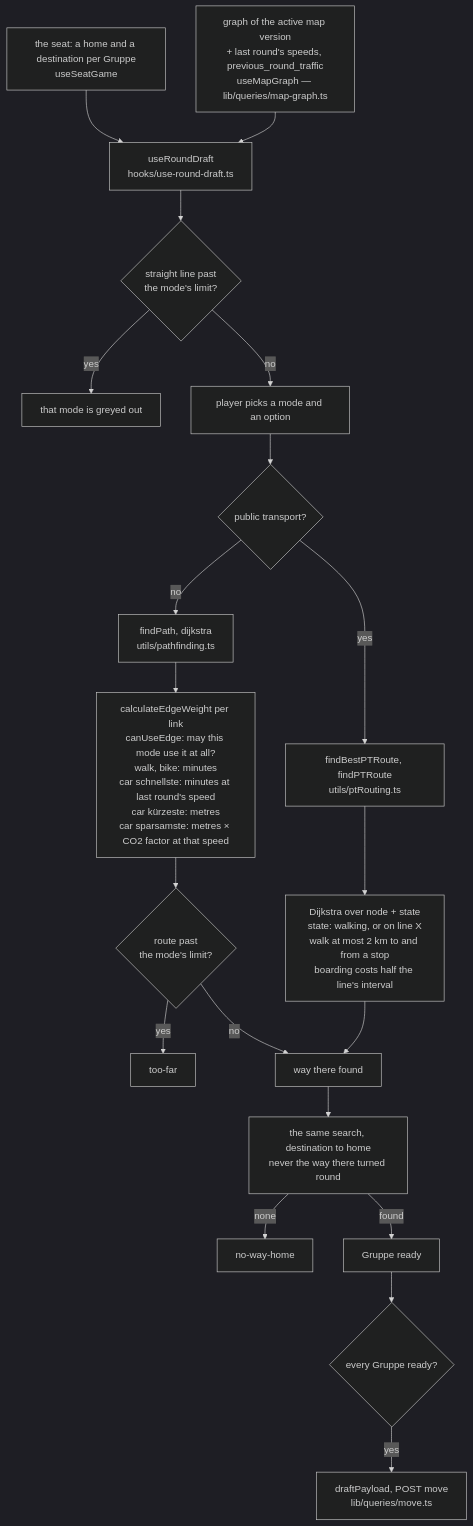
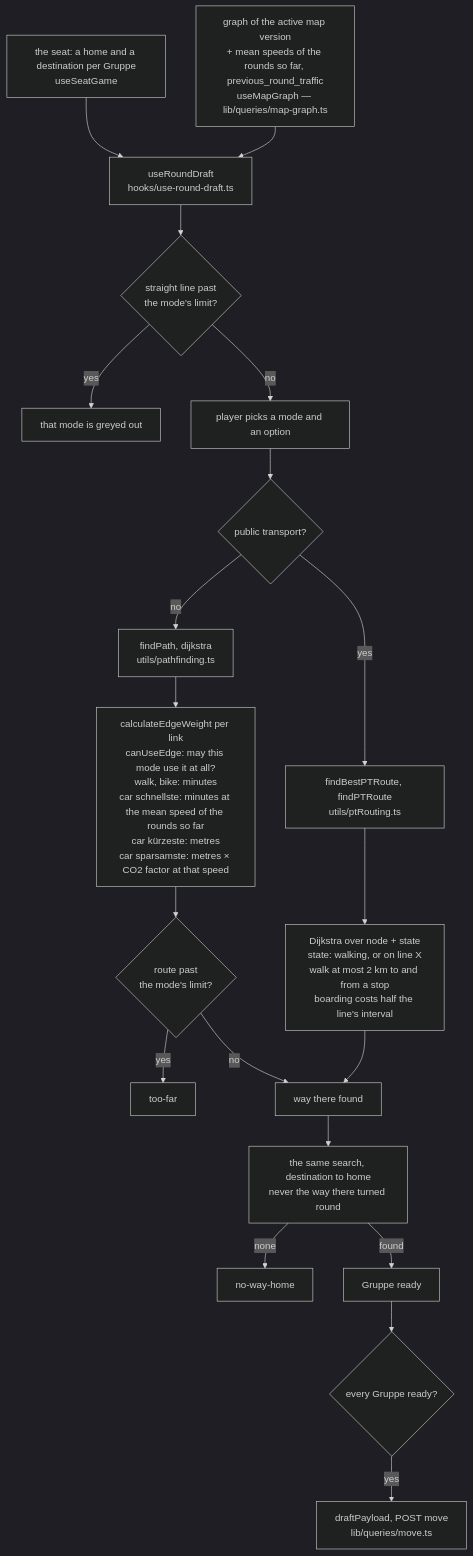
Before and after one commit to luke-hirsch/co2mmute: the sixth of 12 diagrams in docs/en-flowcharts.md, drawn with Mermaid (dark theme). The commit also changed other lines of this file and 21 other files, not shown here.

````diff
--- a/docs/en-flowcharts.md
+++ b/docs/en-flowcharts.md
@@ -209,25 +209,25 @@
 ```mermaid
 flowchart TD
     seat["the seat: a home and a destination per Gruppe<br>useSeatGame"] --> draft
-    mapgraph["graph of the active map version<br>+ last round's speeds, previous_round_traffic<br>useMapGraph — lib/queries/map-graph.ts"] --> draft
+    mapgraph["graph of the active map version<br>+ mean speeds of the rounds so far, previous_round_traffic<br>useMapGraph — lib/queries/map-graph.ts"] --> draft
     draft["useRoundDraft<br>hooks/use-round-draft.ts"] --> air{"straight line past<br>the mode's limit?"}
     air -->|"yes"| greyed["that mode is greyed out"]
     air -->|"no"| pick["player picks a mode and an option"]
     pick --> isPt{"public transport?"}
 
     isPt -->|"no"| dijkstra["findPath, dijkstra<br>utils/pathfinding.ts"]
-    dijkstra --> weight["calculateEdgeWeight per link<br>canUseEdge: may this mode use it at all?<br>walk, bike: minutes<br>car schnellste: minutes at last round's speed<br>car kürzeste: metres<br>car sparsamste: metres × CO2 factor at that speed"]
+    dijkstra --> weight["calculateEdgeWeight per link<br>canUseEdge: may this mode use it at all?<br>walk, bike: minutes<br>car schnellste: minutes at the mean speed of the rounds so far<br>car kürzeste: metres<br>car sparsamste: metres × CO2 factor at that speed"]
     weight --> limit{"route past<br>the mode's limit?"}
     limit -->|"yes"| tooFar["too-far"]
     limit -->|"no"| there
 
     isPt -->|"yes"| ptr["findBestPTRoute, findPTRoute<br>utils/ptRouting.ts"]
     ptr --> product["Dijkstra over node + state<br>state: walking, or on line X<br>walk at most 2 km to and from a stop<br>boarding costs half the line's interval"]
     product --> there
 
     there["way there found"] --> back["the same search, destination to home<br>never the way there turned round"]
     back -->|"none"| noHome["no-way-home"]
     back -->|"found"| ready["Gruppe ready"]
     ready --> everyone{"every Gruppe ready?"}
     everyone -->|"yes"| submit["draftPayload, POST move<br>lib/queries/move.ts"]
 ```
````
